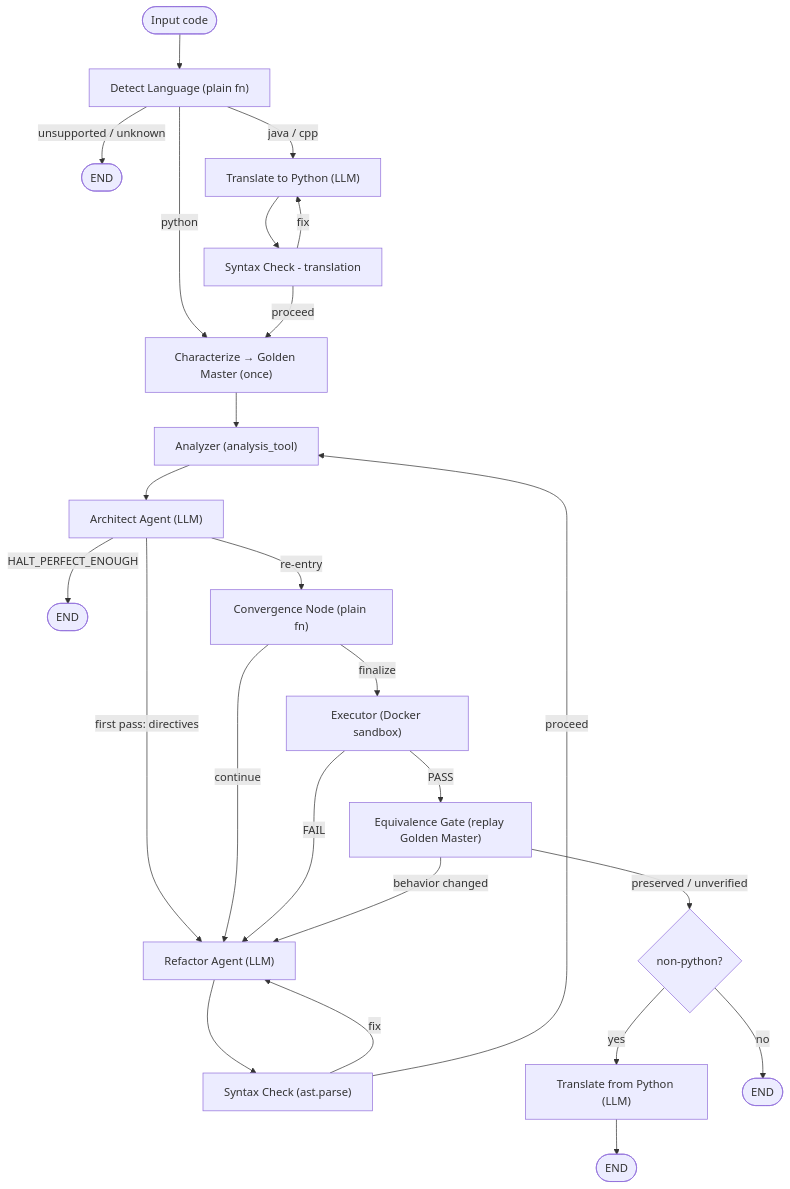
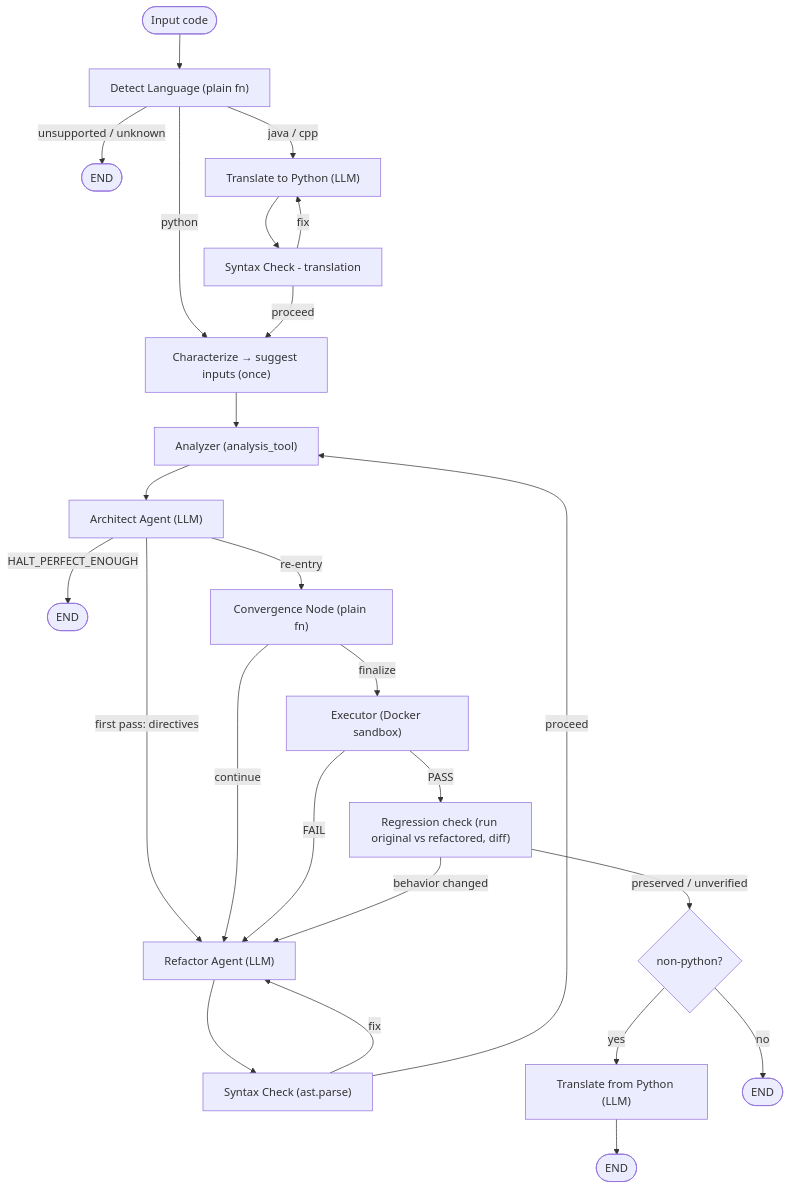
Before and after one commit to AbdallahSabry7/CodeGaurd: the diagram in README.md, drawn with Mermaid. The commit also changed other lines of this file, not shown here.

````diff
--- a/README.md
+++ b/README.md
@@ -14,27 +13,27 @@
 ```mermaid
 flowchart TD
     Start([Input code]) --> Detect["Detect Language (plain fn)"]
     Detect -->|"unsupported / unknown"| End1([END])
-    Detect -->|python| Char["Characterize → Golden Master (once)"]
+    Detect -->|python| Char["Characterize → suggest inputs (once)"]
     Detect -->|"java / cpp"| ToPy["Translate to Python (LLM)"]
     ToPy --> SynT["Syntax Check - translation"]
     SynT -->|fix| ToPy
     SynT -->|proceed| Char
     Char --> Analyze["Analyzer (analysis_tool)"]
     Analyze --> Arch["Architect Agent (LLM)"]
     Arch -->|HALT_PERFECT_ENOUGH| End2([END])
     Arch -->|"first pass: directives"| Refactor["Refactor Agent (LLM)"]
     Arch -->|"re-entry"| Conv["Convergence Node (plain fn)"]
     Refactor --> Syn["Syntax Check (ast.parse)"]
     Syn -->|fix| Refactor
     Syn -->|proceed| Analyze
     Conv -->|continue| Refactor
     Conv -->|finalize| Exec["Executor (Docker sandbox)"]
     Exec -->|FAIL| Refactor
-    Exec -->|PASS| Equiv["Equivalence Gate (replay Golden Master)"]
-    Equiv -->|behavior changed| Refactor
-    Equiv -->|"preserved / unverified"| Fin{"non-python?"}
+    Exec -->|PASS| RC["Regression check (run original vs refactored, diff)"]
+    RC -->|behavior changed| Refactor
+    RC -->|"preserved / unverified"| Fin{"non-python?"}
     Fin -->|yes| FromPy["Translate from Python (LLM)"]
     Fin -->|no| End3([END])
     FromPy --> End4([END])
 ```
````
